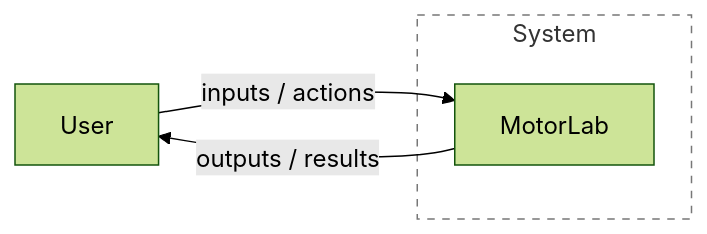
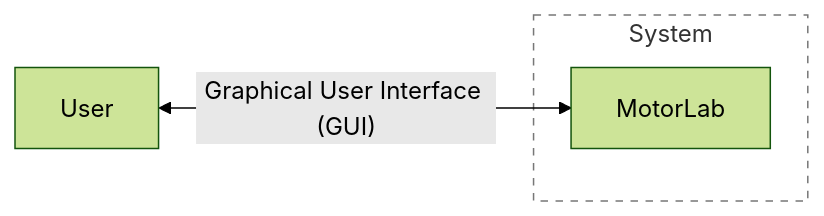
Before and after one commit to johannes-engineering/MotorLab: the second of 2 diagrams in docs/architecture/03_context_and_scope.md, drawn with Mermaid (forest theme). The commit also changed other lines of this file and 2 other files, not shown here.

First line of the commit message:
update software architecture documentation (#5)

````diff
--- a/docs/architecture/03_context_and_scope.md
+++ b/docs/architecture/03_context_and_scope.md
@@ -10,12 +50,11 @@
 ```mermaid
 flowchart LR
 user["User"]
 
 subgraph border["System"]
     app["MotorLab"]
 end
 
-user -->|"inputs / actions"| app
-app -->|"outputs / results"| user
+user <-->|"Graphical User Interface (GUI)"| app
 style border fill:none,stroke:#777,stroke-dasharray:5 5
 ```
````
